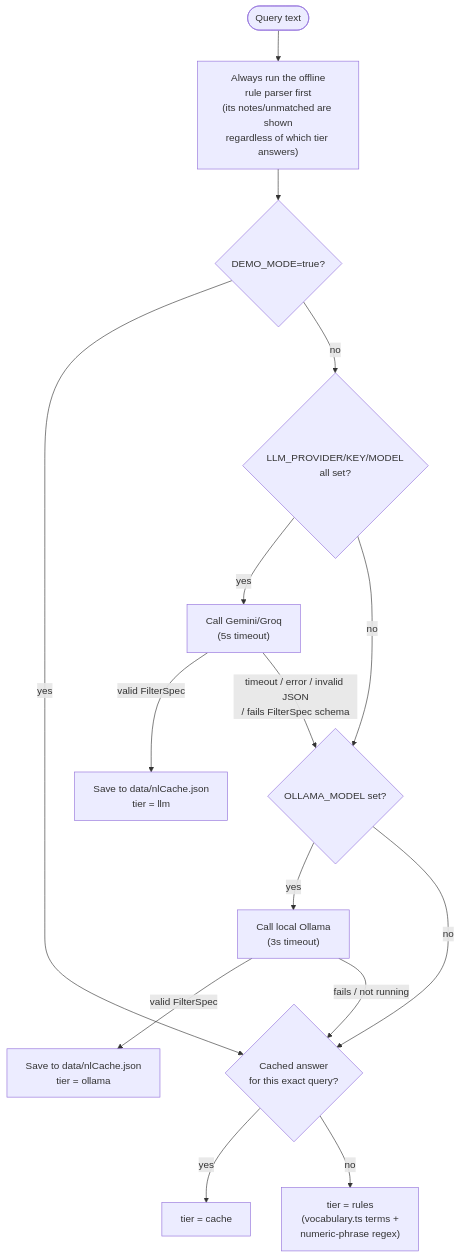
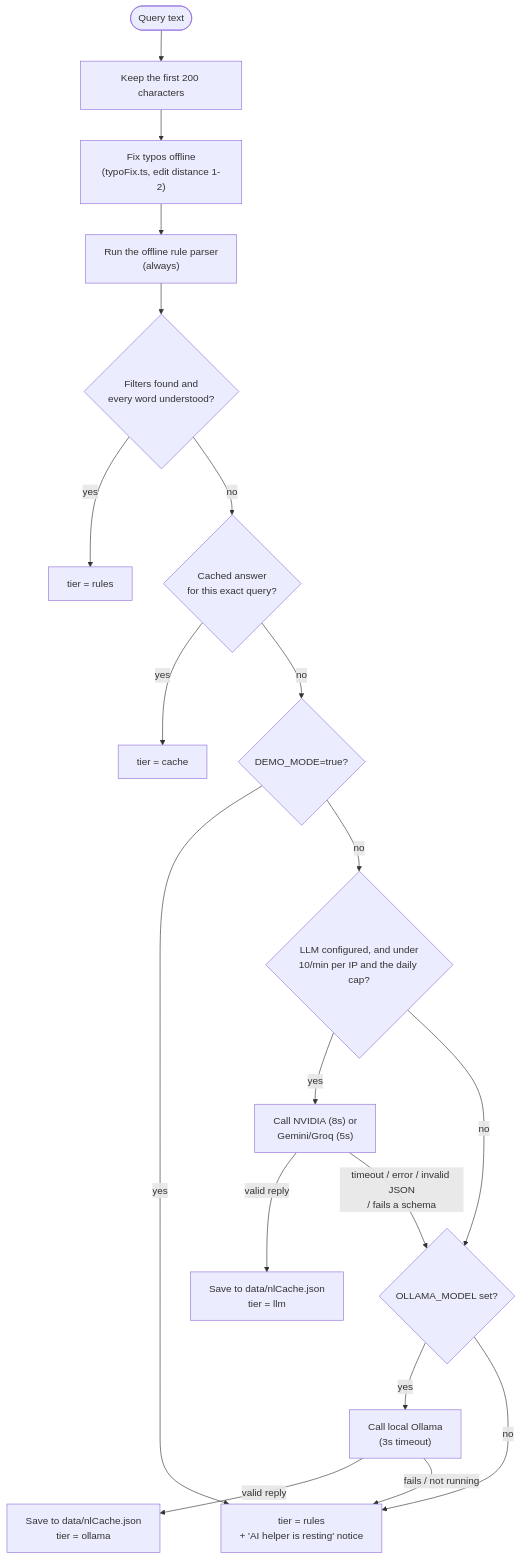
Before and after one commit to AlfredBateman/StockPilot: the second of 2 diagrams in README.md, drawn with Mermaid. The commit also changed other lines of this file and 27 other files, not shown here.

Commit message:
Add smart search: typo fix, zero-result help, LLM guard, filter labels

````diff
--- a/README.md
+++ b/README.md
@@ -139,17 +140,32 @@
 ```mermaid
 flowchart TD
-    Start(["Query text"]) --> Rules0["Always run the offline\nrule parser first\n(its notes/unmatched are shown\nregardless of which tier answers)"]
-    Rules0 --> Demo{"DEMO_MODE=true?"}
-    Demo -- yes --> Cache1{"Cached answer\nfor this exact query?"}
-    Demo -- no --> LLMTry{"LLM_PROVIDER/KEY/MODEL\nall set?"}
-    LLMTry -- yes --> LLMCall["Call Gemini/Groq\n(5s timeout)"]
-    LLMCall -- "valid FilterSpec" --> Remember1["Save to data/nlCache.json\ntier = llm"]
-    LLMCall -- "timeout / error / invalid JSON\n/ fails FilterSpec schema" --> OllamaTry{"OLLAMA_MODEL set?"}
-    LLMTry -- no --> OllamaTry
-    OllamaTry -- yes --> OllamaCall["Call local Ollama\n(3s timeout)"]
-    OllamaCall -- "valid FilterSpec" --> Remember2["Save to data/nlCache.json\ntier = ollama"]
-    OllamaCall -- "fails / not running" --> Cache1
-    OllamaTry -- no --> Cache1
+    Start(["Query text"]) --> Cut["Keep the first 200 characters"]
+    Cut --> Typo["Fix typos offline
+(typoFix.ts, edit distance 1-2)"]
+    Typo --> Rules0["Run the offline rule parser
+(always)"]
+    Rules0 --> Done{"Filters found and
+every word understood?"}
+    Done -- yes --> UseRules0["tier = rules"]
+    Done -- no --> Cache1{"Cached answer
+for this exact query?"}
     Cache1 -- yes --> UseCache["tier = cache"]
-    Cache1 -- no --> UseRules["tier = rules\n(vocabulary.ts terms +\nnumeric-phrase regex)"]
+    Cache1 -- no --> Demo{"DEMO_MODE=true?"}
+    Demo -- yes --> Resting["tier = rules
++ 'AI helper is resting' notice"]
+    Demo -- no --> Guard{"LLM configured, and under
+10/min per IP and the daily cap?"}
+    Guard -- yes --> LLMCall["Call NVIDIA (8s) or
+Gemini/Groq (5s)"]
+    LLMCall -- "valid reply" --> Remember1["Save to data/nlCache.json
+tier = llm"]
+    LLMCall -- "timeout / error / invalid JSON
+/ fails a schema" --> OllamaTry{"OLLAMA_MODEL set?"}
+    Guard -- no --> OllamaTry
+    OllamaTry -- yes --> OllamaCall["Call local Ollama
+(3s timeout)"]
+    OllamaCall -- "valid reply" --> Remember2["Save to data/nlCache.json
+tier = ollama"]
+    OllamaCall -- "fails / not running" --> Resting
+    OllamaTry -- no --> Resting
 ```
````
